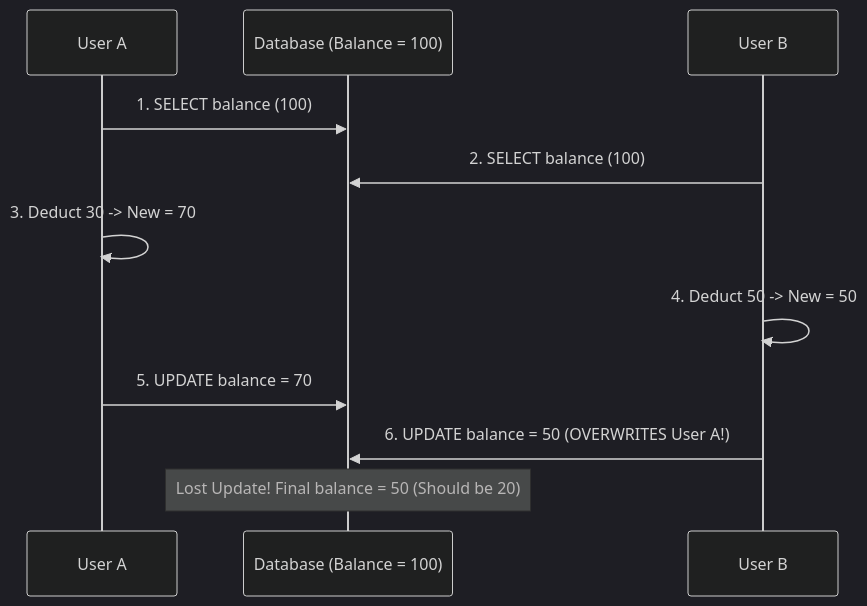
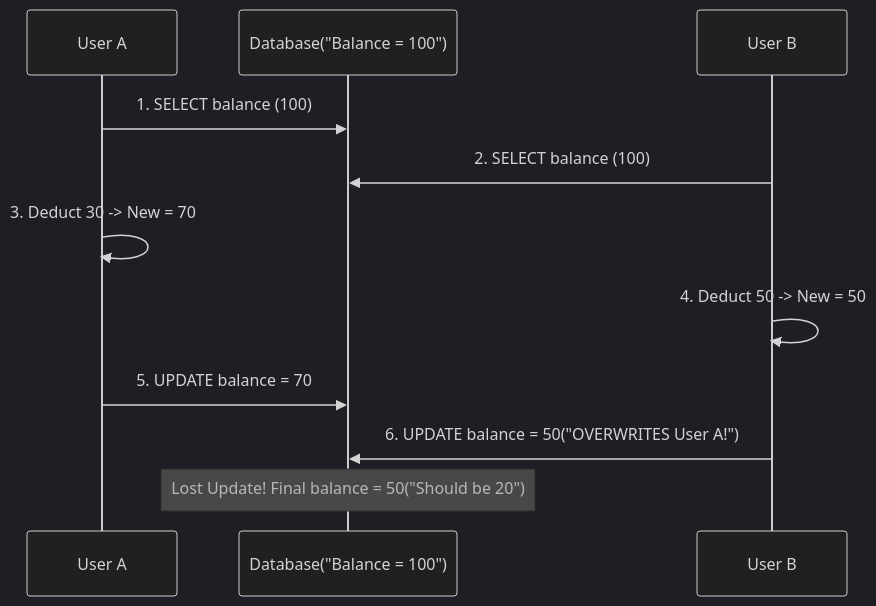
Before and after one commit to pploc/swe-icon-the-moment: the diagram in content/questions/language/java/spring-data-jpa-locking.md, drawn with Mermaid (dark theme). The commit also changed 167 other files, not shown here.

````diff
--- a/content/questions/language/java/spring-data-jpa-locking.md
+++ b/content/questions/language/java/spring-data-jpa-locking.md
@@ -19,14 +19,15 @@
 ```mermaid
 sequenceDiagram
     participant UserA as User A
-    participant DB as Database (Balance = 100)
+    participant DB as Database("Balance = 100")
     participant UserB as User B
 
     UserA->>DB: 1. SELECT balance (100)
     UserB->>DB: 2. SELECT balance (100)
     UserA->>UserA: 3. Deduct 30 -> New = 70
     UserB->>UserB: 4. Deduct 50 -> New = 50
     UserA->>DB: 5. UPDATE balance = 70
-    UserB->>DB: 6. UPDATE balance = 50 (OVERWRITES User A!)
-    Note over DB: Lost Update! Final balance = 50 (Should be 20)
+    UserB->>DB: 6. UPDATE balance = 50("OVERWRITES User A!")
+    Note over DB: Lost Update! Final balance = 50("Should be 20")
+
 ```
````
